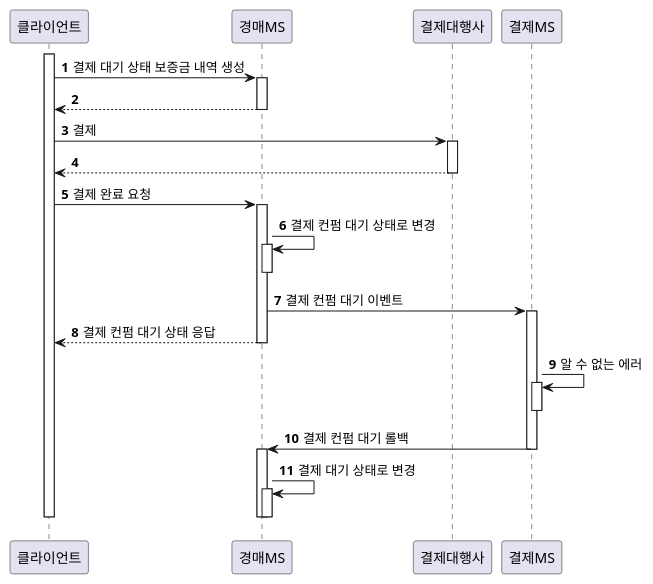
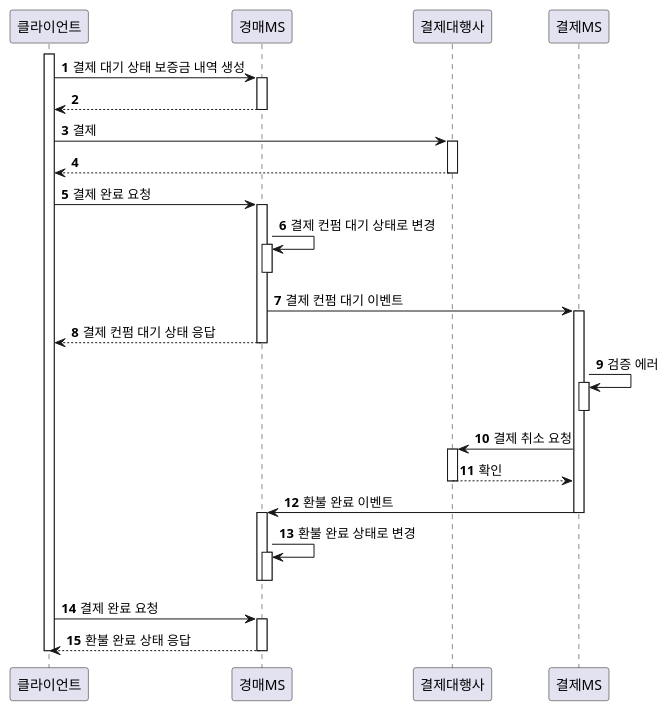
Before and after one commit to p-ser/p-ser-payment: the diagram in diagram/deposit/deposit_error_seq4.puml, drawn with PlantUML. The commit also changed 4 other files, not shown here.

```diff
--- a/diagram/deposit/deposit_error_seq4.puml
+++ b/diagram/deposit/deposit_error_seq4.puml
@@ -1,36 +1,43 @@
 @startuml
 autonumber
 participant 클라이언트
 
 activate 클라이언트
 클라이언트 -> 경매MS: 결제 대기 상태 보증금 내역 생성
     activate 경매MS
     경매MS --> 클라이언트
     deactivate 경매MS
 클라이언트 -> 결제대행사: 결제
     activate 결제대행사
     결제대행사 --> 클라이언트
     deactivate 결제대행사
 
 클라이언트 -> 경매MS: 결제 완료 요청
     activate 경매MS
     경매MS -> 경매MS: 결제 컨펌 대기 상태로 변경
         activate 경매MS
         deactivate 경매MS
     경매MS -> 결제MS: 결제 컨펌 대기 이벤트
         activate 결제MS
     경매MS --> 클라이언트: 결제 컨펌 대기 상태 응답
     deactivate 경매MS
-    결제MS -> 결제MS: 알 수 없는 에러
+    결제MS -> 결제MS: 검증 에러
         activate 결제MS
         deactivate 결제MS
-    결제MS -> 경매MS: 결제 컨펌 대기 롤백
-    deactivate 결제MS
-
-    activate 경매MS
-        경매MS -> 경매MS: 결제 대기 상태로 변경
+    결제MS -> 결제대행사: 결제 취소 요청
+            activate 결제대행사
+            결제대행사 --> 결제MS: 확인
+            deactivate 결제대행사
+        결제MS -> 경매MS: 환불 완료 이벤트
+        deactivate 결제MS
+            activate 경매MS
+            경매MS -> 경매MS: 환불 완료 상태로 변경
+                activate 경매MS
+                deactivate 경매MS
+            deactivate 경매MS
+    클라이언트 -> 경매MS: 결제 완료 요청
         activate 경매MS
+        경매MS --> 클라이언트: 환불 완료 상태 응답
         deactivate 경매MS
-    deactivate 경매MS
-deactivate 클라이언트
-@enduml
+    deactivate 클라이언트
+    @enduml
```
